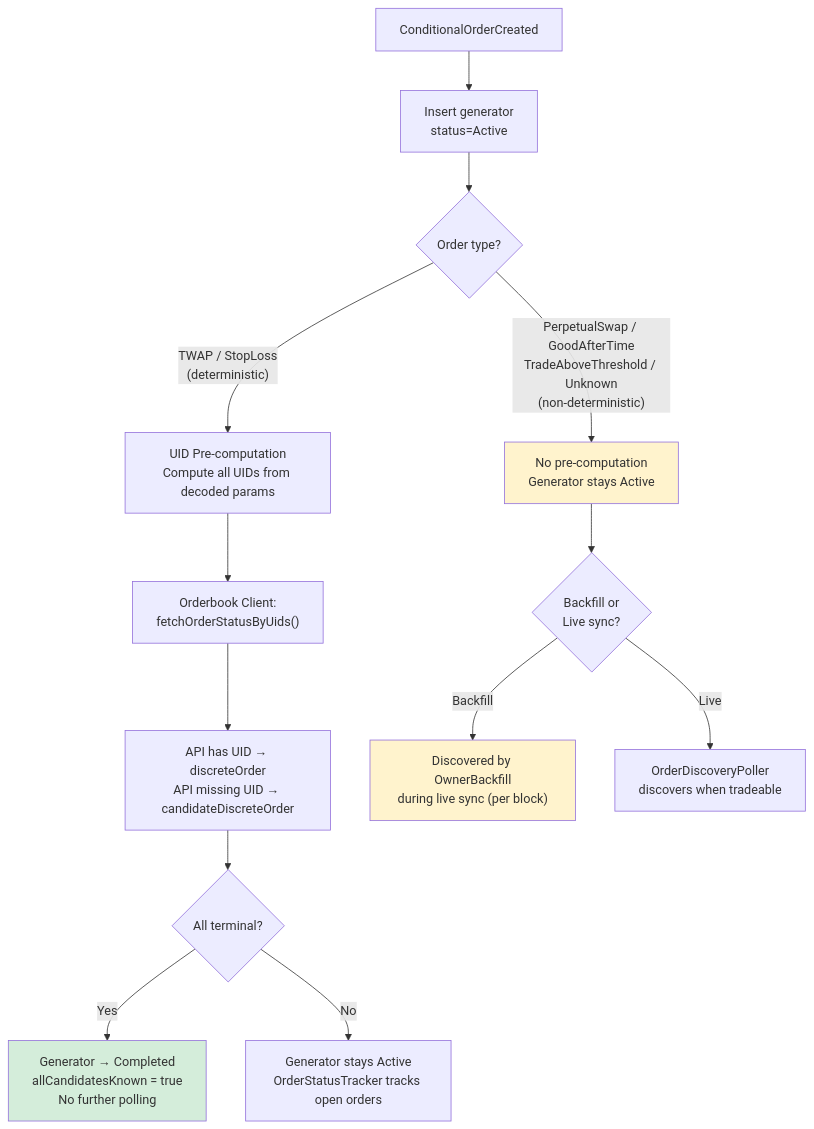
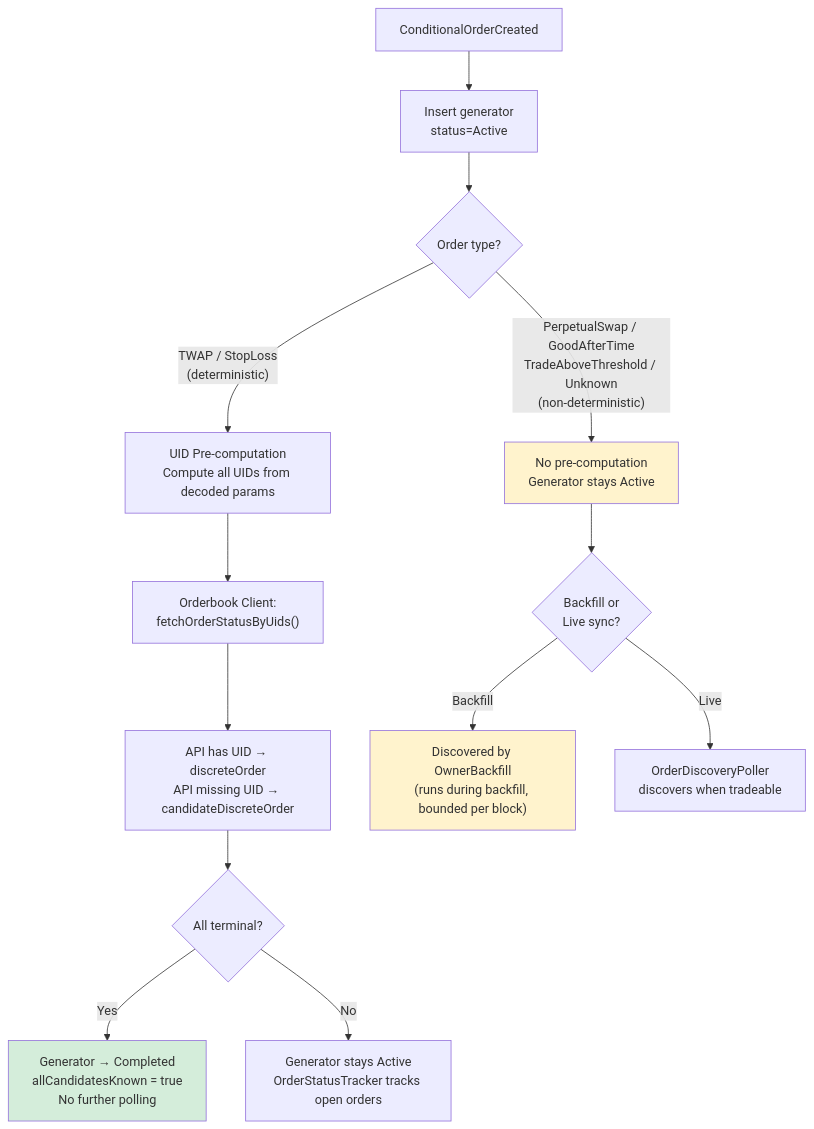
The second of 7 diagrams in agent_docs/orderbook-integration-flow.md (bleu/cow-programmatic-orders-api), drawn with Mermaid before and after one commit. The commit also changed other lines of this file and 4 other files, not shown here.

First line of the commit message:
feat(backfill): run OwnerBackfill during historical sync (two handlers)

````diff
--- a/agent_docs/orderbook-integration-flow.md
+++ b/agent_docs/orderbook-integration-flow.md
@@ -481,23 +485,23 @@
 ```mermaid
 flowchart TD
     E["ConditionalOrderCreated"] --> Insert["Insert generator<br/>status=Active"]
 
     Insert --> Check{"Order type?"}
 
     Check -->|"TWAP / StopLoss<br/>(deterministic)"| Pre["UID Pre-computation<br/>Compute all UIDs from decoded params"]
     Check -->|"PerpetualSwap / GoodAfterTime<br/>TradeAboveThreshold / Unknown<br/>(non-deterministic)"| Skip["No pre-computation<br/>Generator stays Active"]
 
     Pre --> API["Orderbook Client:<br/>fetchOrderStatusByUids()"]
     API --> Upsert["API has UID → discreteOrder<br/>API missing UID → candidateDiscreteOrder"]
     Upsert --> Term{"All terminal?"}
     Term -->|Yes| Deactivate["Generator → Completed<br/>allCandidatesKnown = true<br/>No further polling"]
     Term -->|No| Active["Generator stays Active<br/>OrderStatusTracker tracks open orders"]
 
     Skip --> BackfillQ{"Backfill or<br/>Live sync?"}
-    BackfillQ -->|Backfill| Wait["Discovered by OwnerBackfill<br/>during live sync (per block)"]
+    BackfillQ -->|Backfill| Wait["Discovered by OwnerBackfill<br/>(runs during backfill, bounded per block)"]
     BackfillQ -->|Live| Poll["OrderDiscoveryPoller<br/>discovers when tradeable"]
 
     style Deactivate fill:#d4edda
     style Skip fill:#fff3cd
     style Wait fill:#fff3cd
 ```
````
